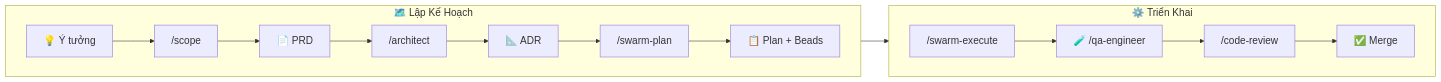
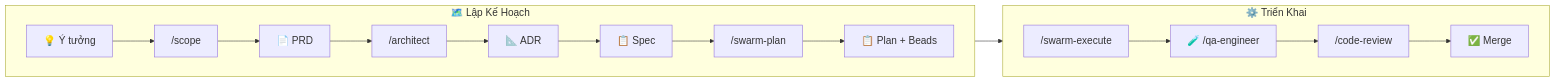
Before and after one commit to nguyenhuuca/assessment: the diagram in docs/flow-scope-to-implement-vi.md, drawn with Mermaid. The commit also changed other lines of this file and 12 other files, not shown here.

First line of the commit message:
feat(workflow): add /spec command and full Watch History flow

````diff
--- a/docs/flow-scope-to-implement-vi.md
+++ b/docs/flow-scope-to-implement-vi.md
@@ -9,22 +9,23 @@
 ```mermaid
 %%{init: {'theme': 'default', 'themeVariables': {'fontSize': '18px'}}}%%
 flowchart LR
     subgraph plan ["🗺️ Lập Kế Hoạch"]
         direction LR
         A["💡 Ý tưởng"] --> B["/scope"]
         B --> C["📄 PRD"]
         C --> D["/architect"]
         D --> E["📐 ADR"]
-        E --> F["/swarm-plan"]
-        F --> G["📋 Plan + Beads"]
+        E --> F["📋 Spec"]
+        F --> G["/swarm-plan"]
+        G --> H["📋 Plan + Beads"]
     end
 
     subgraph exec ["⚙️ Triển Khai"]
         direction LR
-        H["/swarm-execute"] --> I["🧪 /qa-engineer"]
-        I --> J["/code-review"]
-        J --> K["✅ Merge"]
+        I["/swarm-execute"] --> J["🧪 /qa-engineer"]
+        J --> K["/code-review"]
+        K --> L["✅ Merge"]
     end
 
-    G --> H
+    H --> I
 ```
````
